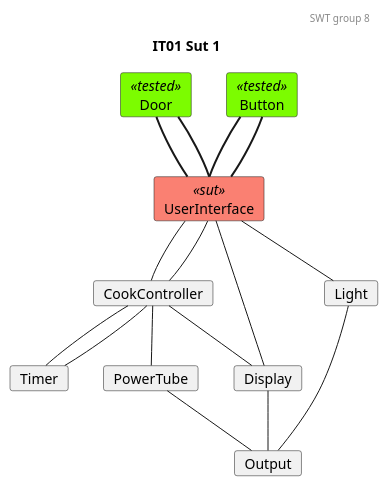
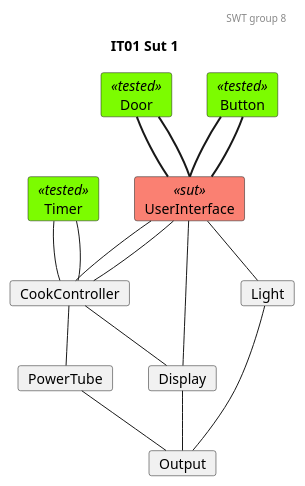
The diagram in docs/SysTestTree1.plantuml (mikkel-ol/I4SWT-MicrowaveOven), drawn with PlantUML before and after one commit. The commit also changed 8 other files, not shown here.

```diff
--- a/docs/SysTestTree1.plantuml
+++ b/docs/SysTestTree1.plantuml
@@ -1,69 +1,63 @@
-@startuml IT01-Sut
-
+@startuml
 'Testing colors:
 skinparam card{
     backgroundColor<<tested>> lawngreen
     backgroundColor<<sut>> salmon
     backgroundColor<<test>> salmon
     backgroundColor<<fake>> gold
 }
 
 header SWT group 8
 title IT01 Sut 1
 
 '0.
     card Door<<tested>>
     card Button<<tested>>
+    card Timer<<tested>>
 
 '1.
     card UserInterface<<sut>>
 
 '2.
     card CookController
     card Light
 
 '3.
-    card Timer
     card PowerTube
     card Display
 
 '4 
     card Output
 
 
 'Relations projects
 ' 0. to 1.
 Door -[thickness=2]- UserInterface
 Door -[thickness=2]- UserInterface
 
 Button -[thickness=2]- UserInterface
 Button -[thickness=2]- UserInterface
 
-
 'Relations CookController:
 '1.
 UserInterface -- CookController
 UserInterface -- CookController
-'1. to 2.
+'1. to 3.
 'Door -- CookController
 
+Timer -- CookController
+Timer -- CookController
 
 CookController -- PowerTube
 
 '1. to 2.
 UserInterface -- Display
 UserInterface -- Light
 CookController -- Display
 
-CookController -- Timer
-CookController -- Timer 
-
 
 ' Relations 2. to 3.
 Light -- Output
 Display -- Output
 PowerTube -- Output
-
-
-
 @enduml
```
